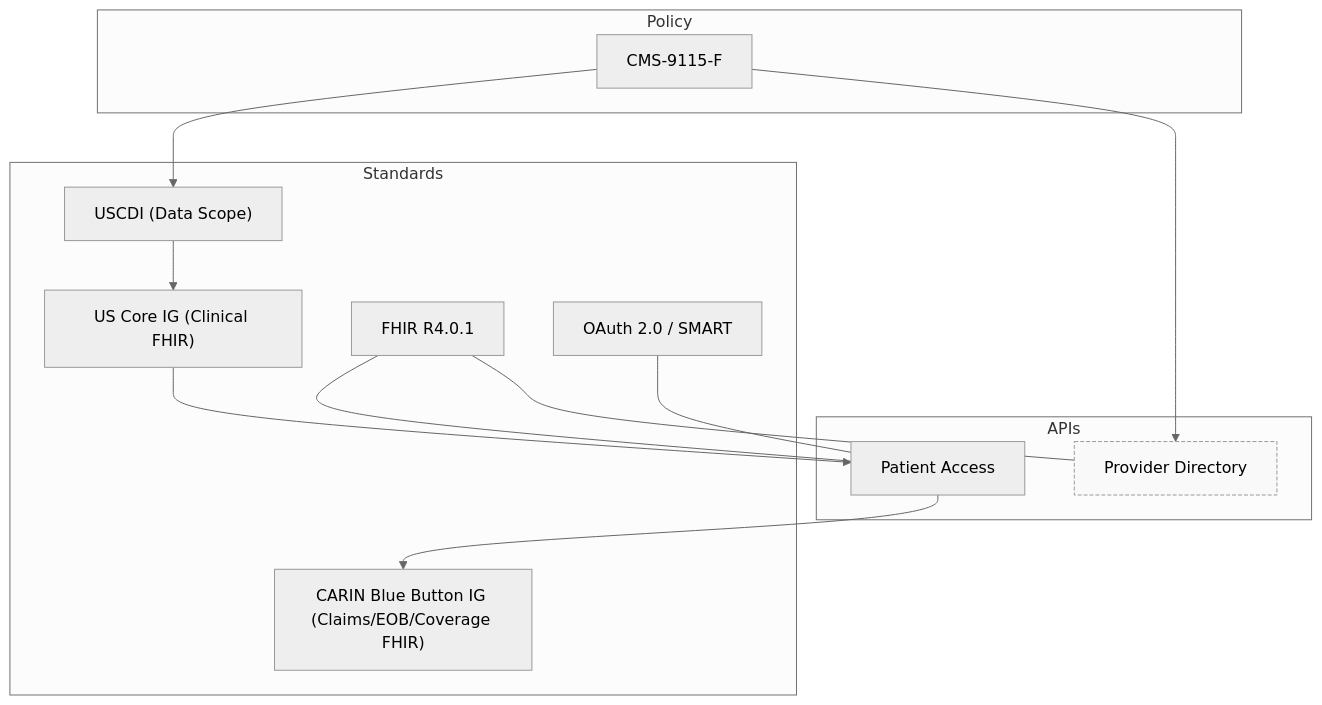
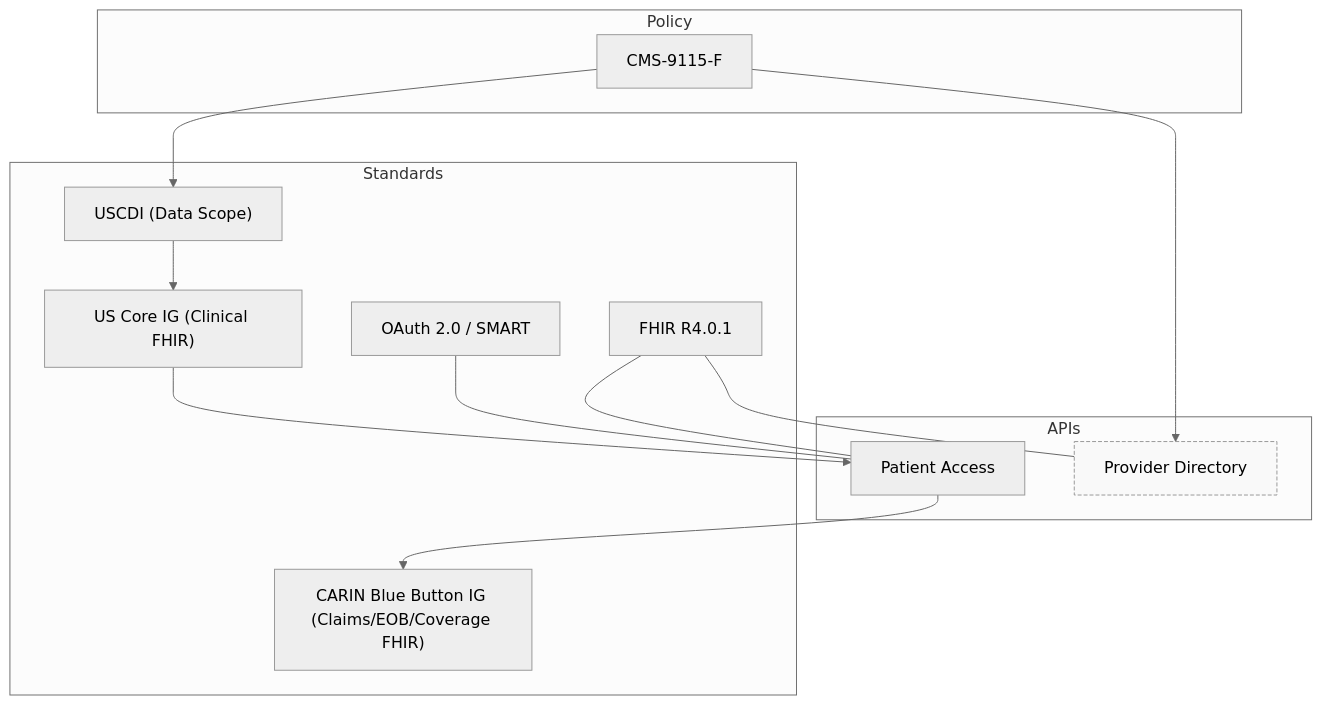
The fourth of 4 diagrams in 02-cms-9115f.md (agabhinav/learn-fhir), drawn with Mermaid (neutral theme) before and after one commit.

Commit message:
summary map diagram updates

````diff
--- a/02-cms-9115f.md
+++ b/02-cms-9115f.md
@@ -160,31 +160,31 @@
 ```mermaid
 flowchart TB
   subgraph Policy
     R1[CMS‑9115‑F]
   end
 
   subgraph Standards
     U["USCDI (Data Scope)"]
     US["US Core IG (Clinical FHIR)"]
     CBB["CARIN Blue Button IG (Claims/EOB/Coverage FHIR)"]
-    F[FHIR R4.0.1]
     O[OAuth 2.0 / SMART]
+    F[FHIR R4.0.1] 
   end
 
   subgraph APIs
     PA[Patient Access]
     PD[Provider Directory]
   end
 
   R1 --> U
   U --> US
   US --> PA
   PA --> CBB
   R1 --> PD
 
   F --- PA
   F --- PD
   O --- PA
 
   style PD fill:#f9f9f9,stroke:#999,stroke-dasharray: 4 2
 ```
````
